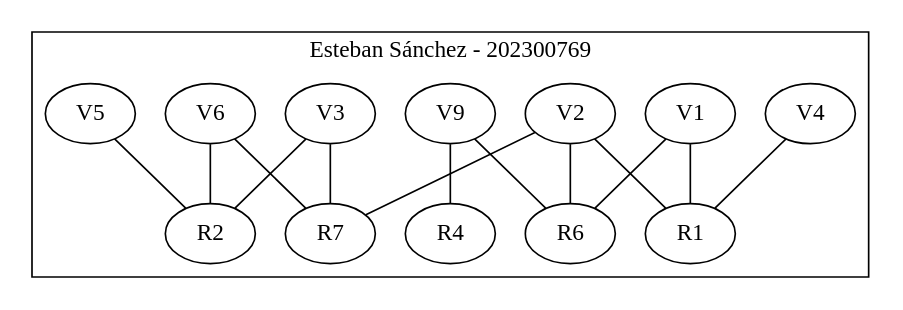
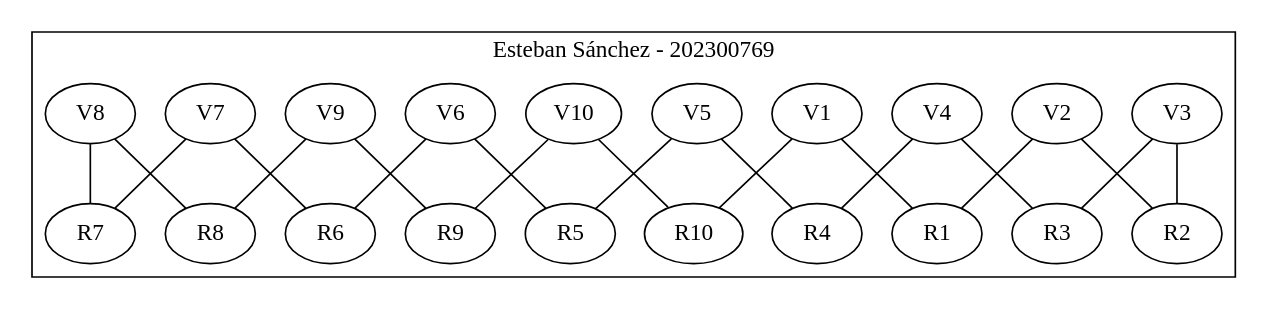
Before and after one commit to EstebanSNZT/-EDD-1S2025_202300769: the diagram in Fase3/Reportes/Grafo.dot, drawn with Graphviz. The commit also changed 53 other files, not shown here.

```diff
--- a/Fase3/Reportes/Grafo.dot
+++ b/Fase3/Reportes/Grafo.dot
@@ -1,34 +1,49 @@
 graph UndirectedGraph {
     node [shape=ellipse];
     rankdir=TB;
     subgraph cluster_0 {
         label = "Esteban Sánchez - 202300769";
         V1 [label="V1"];
         R1 [label="R1"];
+        V2 [label="V2"];
+        R2 [label="R2"];
+        V3 [label="V3"];
+        R3 [label="R3"];
+        V4 [label="V4"];
+        R4 [label="R4"];
+        V5 [label="V5"];
+        R5 [label="R5"];
+        V6 [label="V6"];
         R6 [label="R6"];
-        V2 [label="V2"];
+        V7 [label="V7"];
         R7 [label="R7"];
-        V3 [label="V3"];
-        R2 [label="R2"];
-        V4 [label="V4"];
-        V5 [label="V5"];
-        V6 [label="V6"];
+        V8 [label="V8"];
+        R8 [label="R8"];
         V9 [label="V9"];
-        R4 [label="R4"];
+        R9 [label="R9"];
+        V10 [label="V10"];
+        R10 [label="R10"];
         V1 -- R1;
-        V1 -- R6;
+        V1 -- R10;
+        V2 -- R2;
         V2 -- R1;
-        V2 -- R7;
-        V2 -- R6;
+        V3 -- R3;
         V3 -- R2;
-        V3 -- R7;
-        V4 -- R1;
-        V5 -- R2;
-        V6 -- R7;
-        V6 -- R2;
-        V9 -- R6;
-        V9 -- R4;
-        { rank=same; V1; V2; V3; V4; V5; V6; V9; };
-        { rank=same; R1; R6; R7; R2; R4; };
+        V4 -- R4;
+        V4 -- R3;
+        V5 -- R5;
+        V5 -- R4;
+        V6 -- R6;
+        V6 -- R5;
+        V7 -- R7;
+        V7 -- R6;
+        V8 -- R8;
+        V8 -- R7;
+        V9 -- R9;
+        V9 -- R8;
+        V10 -- R10;
+        V10 -- R9;
+        { rank=same; V1; V2; V3; V4; V5; V6; V7; V8; V9; V10; };
+        { rank=same; R1; R2; R3; R4; R5; R6; R7; R8; R9; R10; };
     }
 }
```
